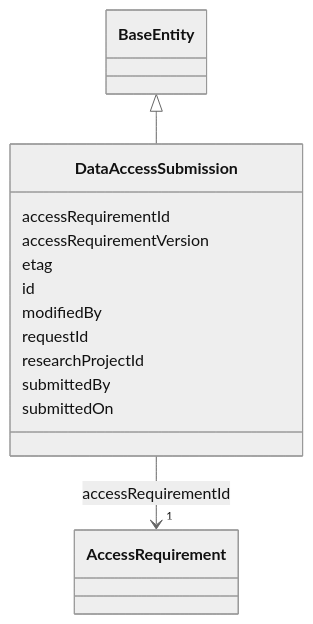
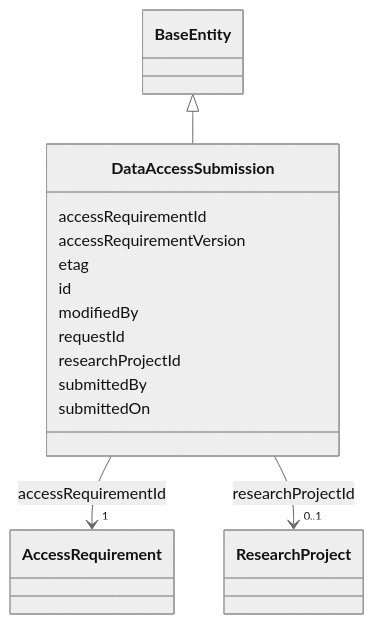
The diagram in docs/reference/classes/DataAccessSubmission.md (mc2-center/governanceDUO), drawn with Mermaid (neutral theme) before and after one commit. The commit also changed other lines of this file and 33 other files, not shown here.

First line of the commit message:
Add ResearchProject and Site, resolving gov:affiliatedWith with real data

````diff
--- a/docs/reference/classes/DataAccessSubmission.md
+++ b/docs/reference/classes/DataAccessSubmission.md
@@ -25,36 +25,45 @@
 ```mermaid
  classDiagram
     class DataAccessSubmission
     click DataAccessSubmission href "../../classes/DataAccessSubmission/"
       BaseEntity <|-- DataAccessSubmission
         click BaseEntity href "../../classes/BaseEntity/"
       
       DataAccessSubmission : accessRequirementId
         
           
     
         
         
         DataAccessSubmission --> "1" AccessRequirement : accessRequirementId
         click AccessRequirement href "../../classes/AccessRequirement/"
     
 
         
       DataAccessSubmission : accessRequirementVersion
         
       DataAccessSubmission : etag
         
       DataAccessSubmission : id
         
       DataAccessSubmission : modifiedBy
         
       DataAccessSubmission : requestId
         
       DataAccessSubmission : researchProjectId
         
+          
+    
+        
+        
+        DataAccessSubmission --> "0..1" ResearchProject : researchProjectId
+        click ResearchProject href "../../classes/ResearchProject/"
+    
+
+        
       DataAccessSubmission : submittedBy
         
       DataAccessSubmission : submittedOn
         
       
 ```
````
